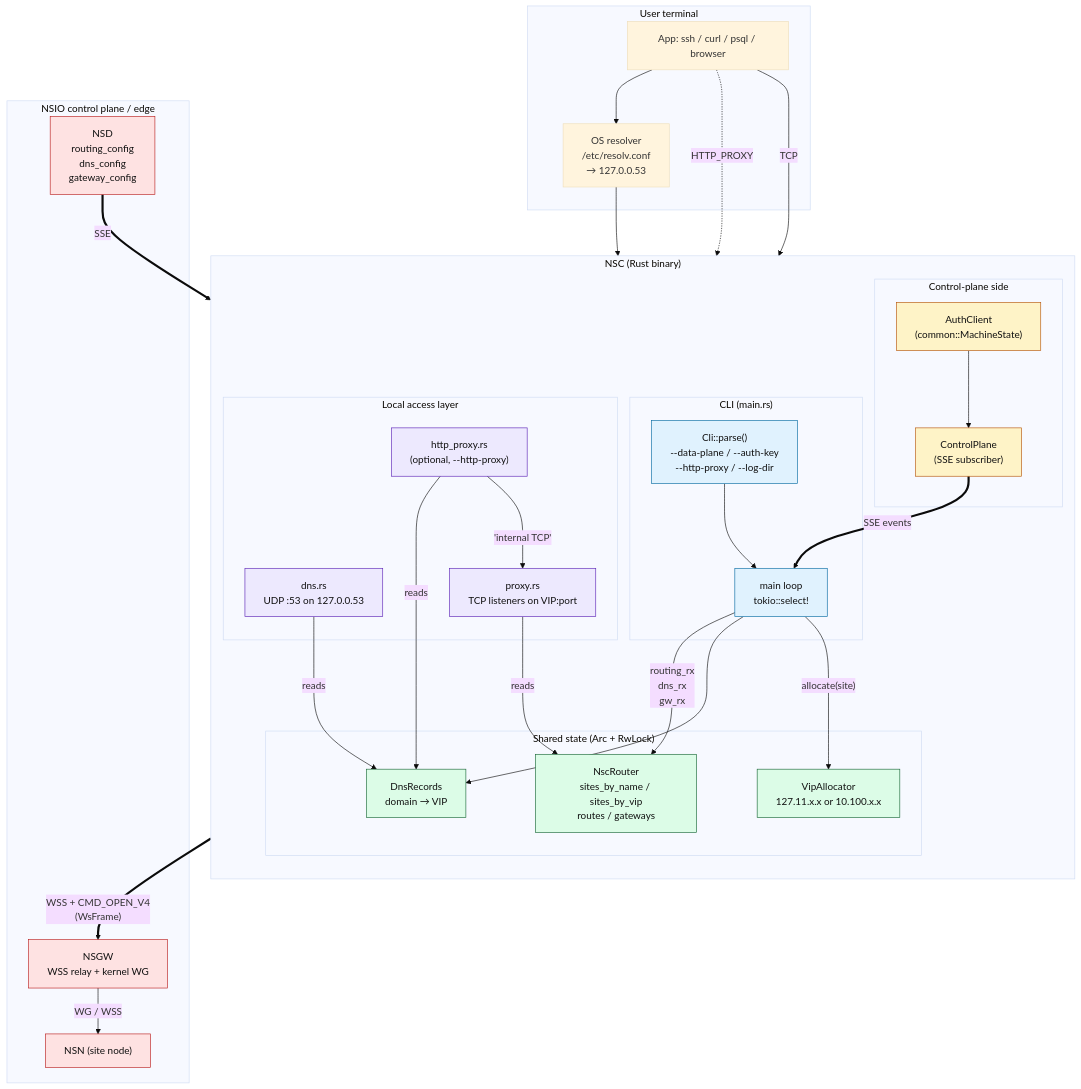
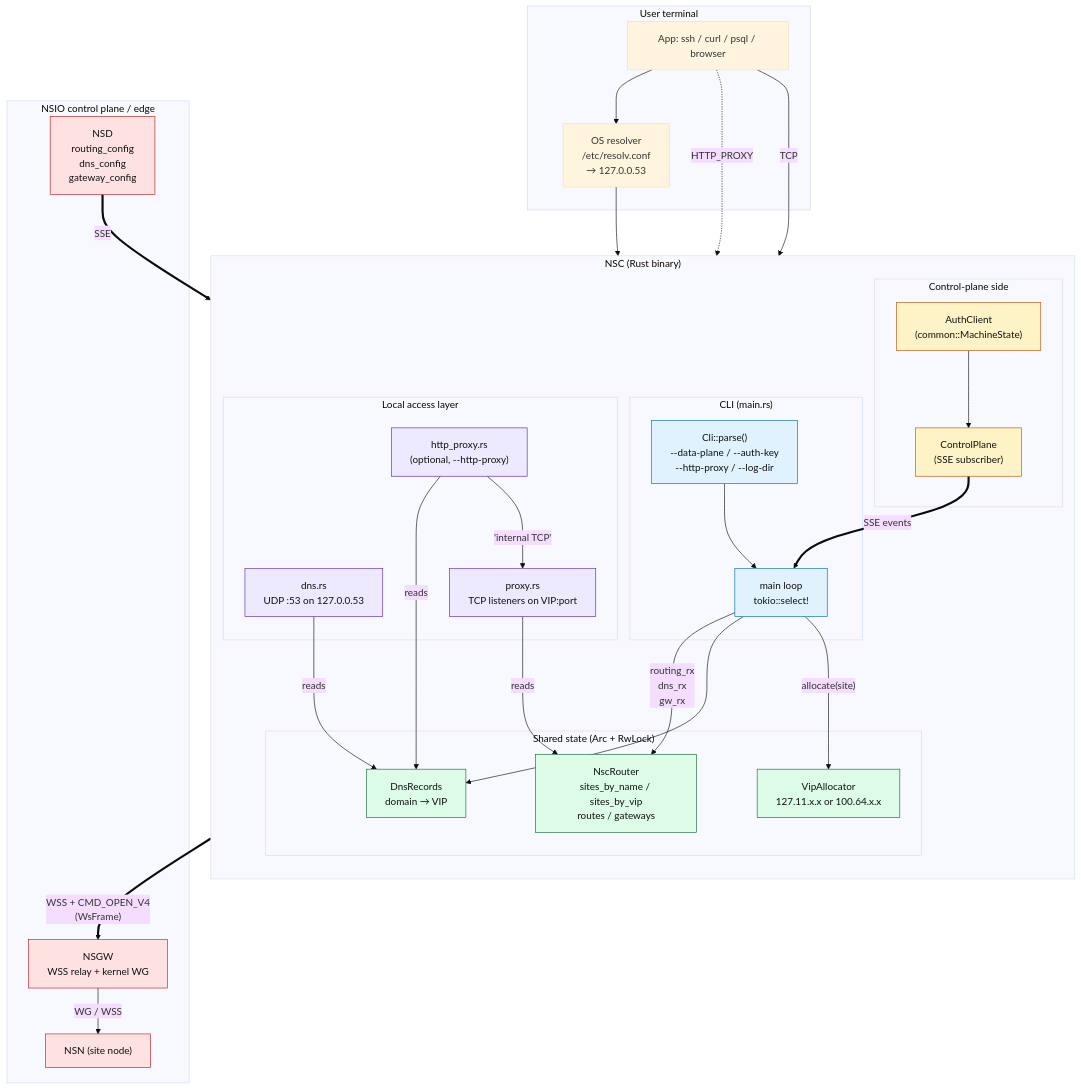
The diagram in docs/06-nsc-client/diagrams/nsc-arch.mmd (nsiod/docs), drawn with Mermaid (base theme) before and after one commit. The commit also changed 10 other files, not shown here.

```diff
--- a/docs/06-nsc-client/diagrams/nsc-arch.mmd
+++ b/docs/06-nsc-client/diagrams/nsc-arch.mmd
@@ -1,69 +1,69 @@
 flowchart TB
   subgraph User["User terminal"]
     APP["App: ssh / curl / psql / browser"]
     OSRES["OS resolver<br/>/etc/resolv.conf<br/>→ 127.0.0.53"]
   end
 
   subgraph NSC["NSC (Rust binary)"]
     direction TB
     subgraph CLI["CLI (main.rs)"]
       ARGS["Cli::parse()<br/>--data-plane / --auth-key<br/>--http-proxy / --log-dir"]
       MLOOP["main loop<br/>tokio::select!"]
     end
 
     subgraph CTRL["Control-plane side"]
       AUTH["AuthClient<br/>(common::MachineState)"]
       CP["ControlPlane<br/>(SSE subscriber)"]
     end
 
     subgraph STATE["Shared state (Arc + RwLock)"]
       ROUTER["NscRouter<br/>sites_by_name / sites_by_vip<br/>routes / gateways"]
       DNSMAP["DnsRecords<br/>domain → VIP"]
-      VIPALLOC["VipAllocator<br/>127.11.x.x or 10.100.x.x"]
+      VIPALLOC["VipAllocator<br/>127.11.x.x or 100.64.x.x"]
     end
 
     subgraph LOCAL["Local access layer"]
       DNSS["dns.rs<br/>UDP :53 on 127.0.0.53"]
       VIPPROX["proxy.rs<br/>TCP listeners on VIP:port"]
       HTTPP["http_proxy.rs<br/>(optional, --http-proxy)"]
     end
   end
 
   subgraph Cloud["NSIO control plane / edge"]
     NSD["NSD<br/>routing_config<br/>dns_config<br/>gateway_config"]
     NSGW["NSGW<br/>WSS relay + kernel WG"]
     NSN["NSN (site node)"]
   end
 
   ARGS --> MLOOP
   APP --> OSRES --> DNSS
   APP -. HTTP_PROXY .-> HTTPP
   APP -- TCP --> VIPPROX
 
   AUTH --> CP
   CP == SSE events ==> MLOOP
   NSD == SSE ==> CP
 
   MLOOP -- "routing_rx<br/>dns_rx<br/>gw_rx" --> ROUTER
   MLOOP --> DNSMAP
   MLOOP -- allocate(site) --> VIPALLOC
 
   DNSS -- reads --> DNSMAP
   VIPPROX -- reads --> ROUTER
   HTTPP -- reads --> DNSMAP
 
   VIPPROX == "WSS + CMD_OPEN_V4<br/>(WsFrame)" ==> NSGW
   HTTPP -- 'internal TCP' --> VIPPROX
   NSGW -- "WG / WSS" --> NSN
 
   classDef cli fill:#e0f2fe,stroke:#0369a1,color:#111
   classDef ctrl fill:#fef3c7,stroke:#b45309,color:#111
   classDef state fill:#dcfce7,stroke:#166534,color:#111
   classDef local fill:#ede9fe,stroke:#5b21b6,color:#111
   classDef cloud fill:#fee2e2,stroke:#b91c1c,color:#111
 
   class ARGS,MLOOP cli
   class AUTH,CP ctrl
   class ROUTER,DNSMAP,VIPALLOC state
   class DNSS,VIPPROX,HTTPP local
   class NSD,NSGW,NSN cloud
```
